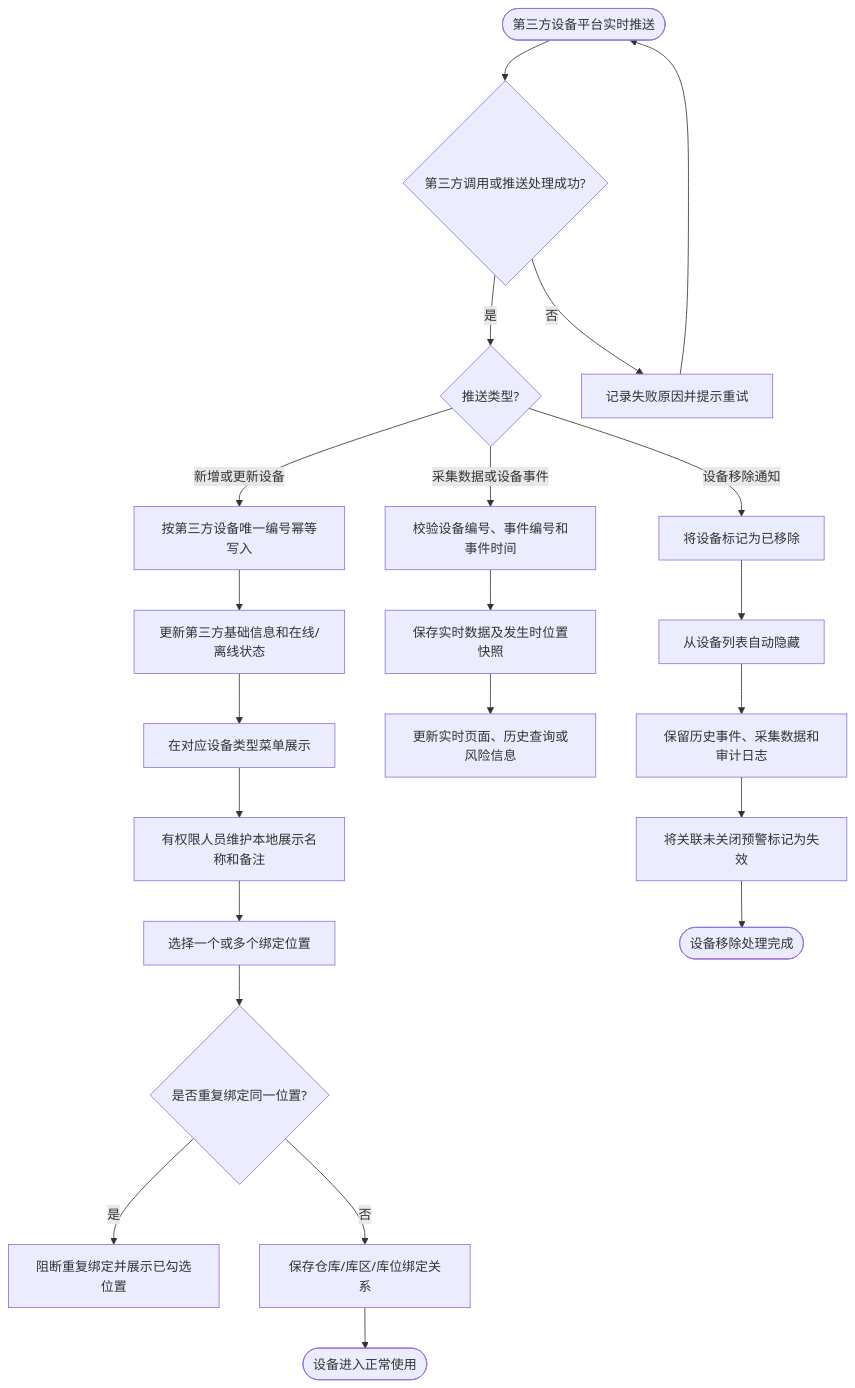
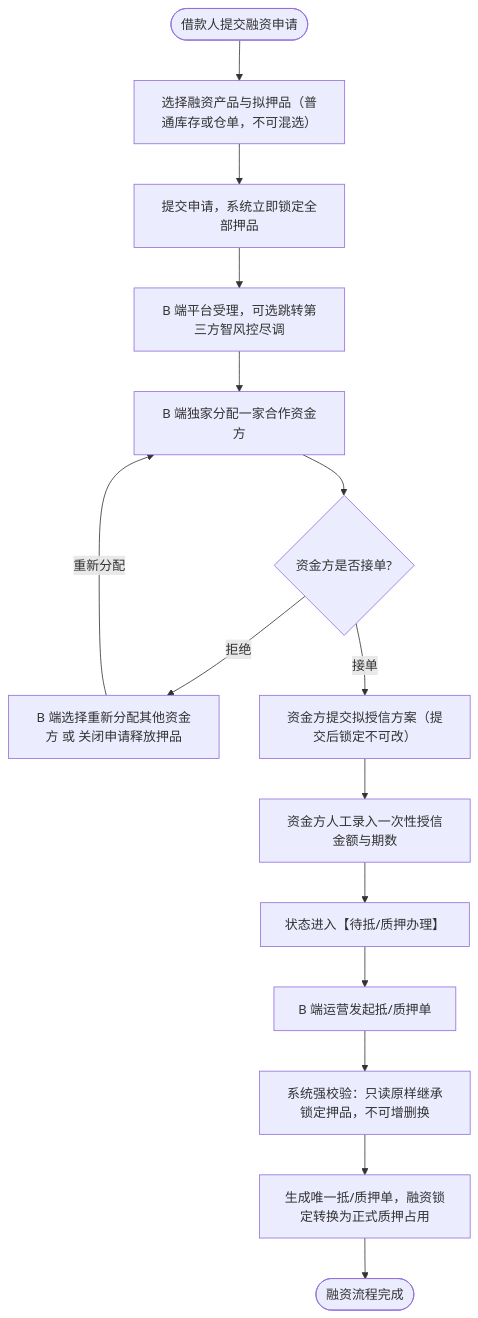
Before and after one commit to RobertHuang999/SYZC: the sixth of 8 diagrams in 01-项目背景/06-核心业务场景和流程.md, drawn with Mermaid. The commit also changed other lines of this file and 13 other files, not shown here.

````diff
--- a/01-项目背景/06-核心业务场景和流程.md
+++ b/01-项目背景/06-核心业务场景和流程.md
@@ -519,26 +233,17 @@
 ```mermaid
 flowchart TD
-    A([第三方设备平台实时推送]) --> T{第三方调用或推送处理成功?}
-    T -- 是 --> B{推送类型?}
-    T -- 否 --> U[记录失败原因并提示重试]
-    U --> A
-    B -- 新增或更新设备 --> C[按第三方设备唯一编号幂等写入]
-    C --> D[更新第三方基础信息和在线/离线状态]
-    D --> E[在对应设备类型菜单展示]
-    E --> F[有权限人员维护本地展示名称和备注]
-    F --> G[选择一个或多个绑定位置]
-    G --> H{是否重复绑定同一位置?}
-    H -- 是 --> I[阻断重复绑定并展示已勾选位置]
-    H -- 否 --> J[保存仓库/库区/库位绑定关系]
-    J --> K([设备进入正常使用])
-
-    B -- 采集数据或设备事件 --> L[校验设备编号、事件编号和事件时间]
-    L --> M[保存实时数据及发生时位置快照]
-    M --> N[更新实时页面、历史查询或风险信息]
-
-    B -- 设备移除通知 --> O[将设备标记为已移除]
-    O --> P[从设备列表自动隐藏]
-    P --> Q[保留历史事件、采集数据和审计日志]
-    Q --> R[将关联未关闭预警标记为失效]
-    R --> S([设备移除处理完成])
+    A([借款人提交融资申请]) --> B[选择融资产品与拟押品（普通库存或仓单，不可混选）]
+    B --> C[提交申请，系统立即锁定全部押品]
+    C --> D[B 端平台受理，可选跳转第三方智风控尽调]
+    D --> E[B 端独家分配一家合作资金方]
+    E --> F{资金方是否接单?}
+    F -- 拒绝 --> G[B 端选择重新分配其他资金方 或 关闭申请释放押品]
+    G -- 重新分配 --> E
+    F -- 接单 --> H[资金方提交拟授信方案（提交后锁定不可改）]
+    H --> I[资金方人工录入一次性授信金额与期数]
+    I --> J[状态进入【待抵/质押办理】]
+    J --> K[B 端运营发起抵/质押单]
+    K --> L[系统强校验：只读原样继承锁定押品，不可增删换]
+    L --> M[生成唯一抵/质押单，融资锁定转换为正式质押占用]
+    M --> N([融资流程完成])
 ```
````
